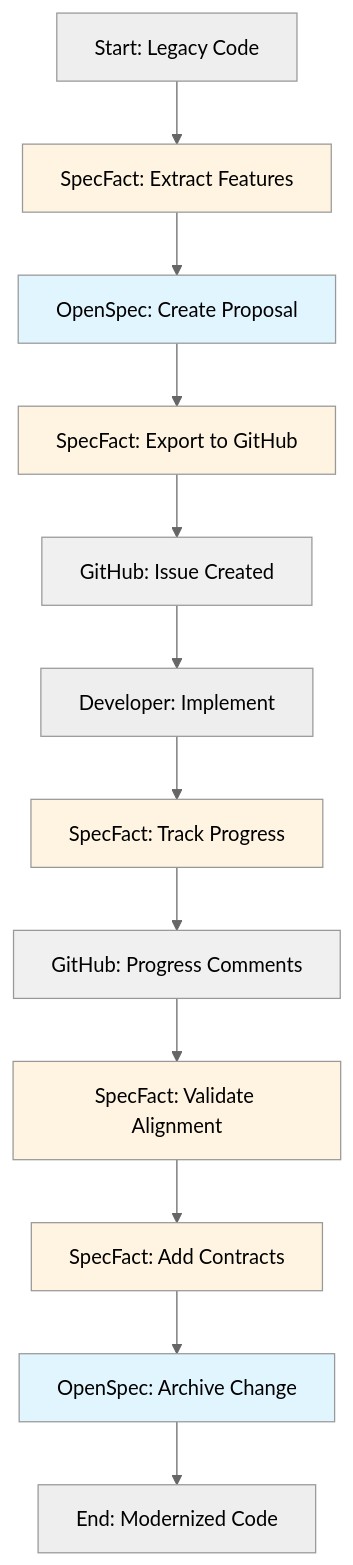
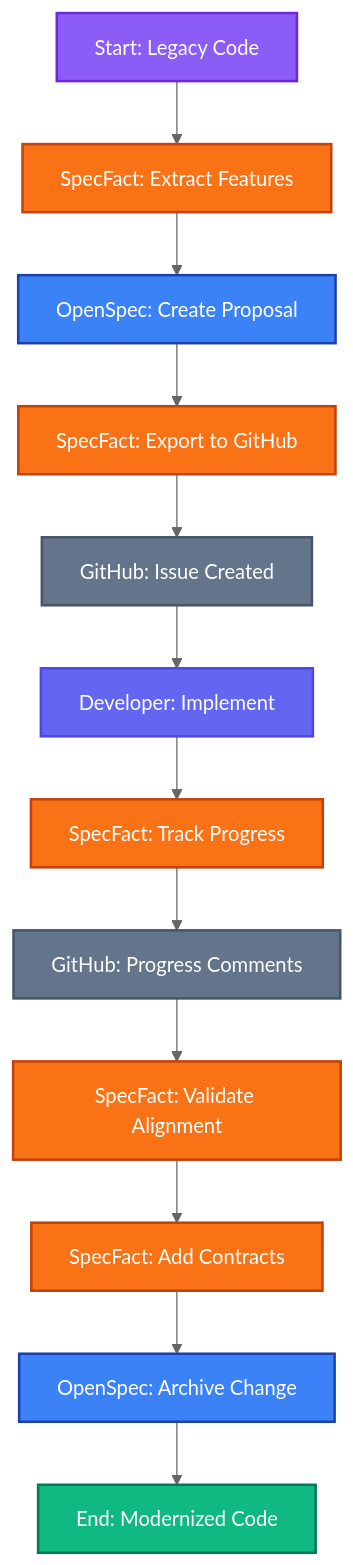
The fifth of 5 diagrams in docs/guides/openspec-journey.md (nold-ai/specfact-cli), drawn with Mermaid (neutral theme) before and after one commit. The commit also changed other lines of this file and 1 other file, not shown here.

First line of the commit message:
docs: improve Mermaid diagram colors for better contrast

````diff
--- a/docs/guides/openspec-journey.md
+++ b/docs/guides/openspec-journey.md
@@ -352,24 +353,27 @@
 ```mermaid
 graph TB
     Start[Start: Legacy Code] --> SF1[SpecFact: Extract Features]
     SF1 --> OS1[OpenSpec: Create Proposal]
     OS1 --> SF2[SpecFact: Export to GitHub]
     SF2 --> GH[GitHub: Issue Created]
     GH --> Dev[Developer: Implement]
     Dev --> SF3[SpecFact: Track Progress]
     SF3 --> GH2[GitHub: Progress Comments]
     GH2 --> SF4[SpecFact: Validate Alignment]
     SF4 --> SF5[SpecFact: Add Contracts]
     SF5 --> OS2[OpenSpec: Archive Change]
     OS2 --> End[End: Modernized Code]
     
-    style SF1 fill:#fff4e1
-    style SF2 fill:#fff4e1
-    style SF3 fill:#fff4e1
-    style SF4 fill:#fff4e1
-    style SF5 fill:#fff4e1
-    style OS1 fill:#e1f5ff
-    style OS2 fill:#e1f5ff
-    style GH fill:#f0f0f0
-    style GH2 fill:#f0f0f0
+    style Start fill:#8b5cf6,stroke:#6d28d9,stroke-width:2px,color:#fff
+    style End fill:#10b981,stroke:#047857,stroke-width:2px,color:#fff
+    style SF1 fill:#f97316,stroke:#c2410c,stroke-width:2px,color:#fff
+    style SF2 fill:#f97316,stroke:#c2410c,stroke-width:2px,color:#fff
+    style SF3 fill:#f97316,stroke:#c2410c,stroke-width:2px,color:#fff
+    style SF4 fill:#f97316,stroke:#c2410c,stroke-width:2px,color:#fff
+    style SF5 fill:#f97316,stroke:#c2410c,stroke-width:2px,color:#fff
+    style OS1 fill:#3b82f6,stroke:#1e40af,stroke-width:2px,color:#fff
+    style OS2 fill:#3b82f6,stroke:#1e40af,stroke-width:2px,color:#fff
+    style GH fill:#64748b,stroke:#475569,stroke-width:2px,color:#fff
+    style GH2 fill:#64748b,stroke:#475569,stroke-width:2px,color:#fff
+    style Dev fill:#6366f1,stroke:#4f46e5,stroke-width:2px,color:#fff
 ```
````
